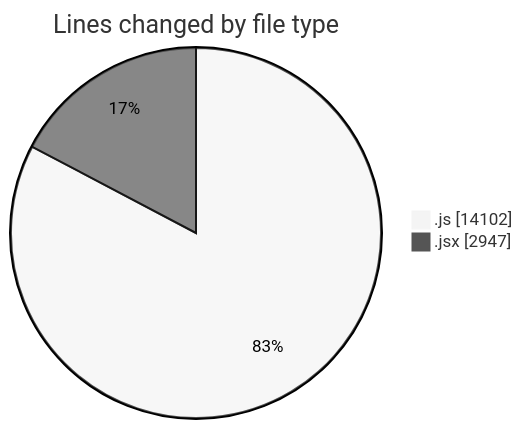
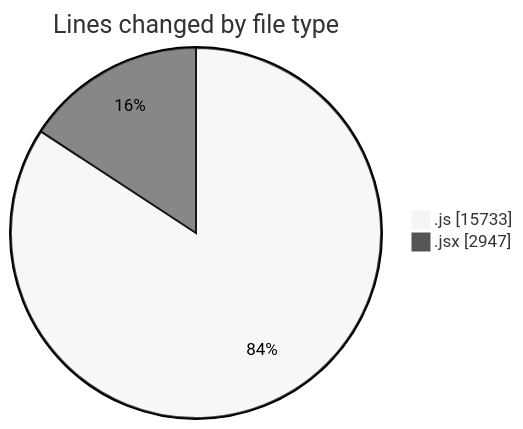
Before and after one commit to nxtqubesakshisongat/code-tracking: the first of 2 diagrams in 2025-09-26/nxtqube_webapp/README.md, drawn with Mermaid (neutral theme). The commit also changed other lines of this file and 1 other file, not shown here.

````diff
--- a/2025-09-26/nxtqube_webapp/README.md
+++ b/2025-09-26/nxtqube_webapp/README.md
@@ -27,6 +27,6 @@
 ```mermaid
 pie showData
 title Lines changed by file type
-".js" : 14102
+".js" : 15733
 ".jsx" : 2947
 ```
````
